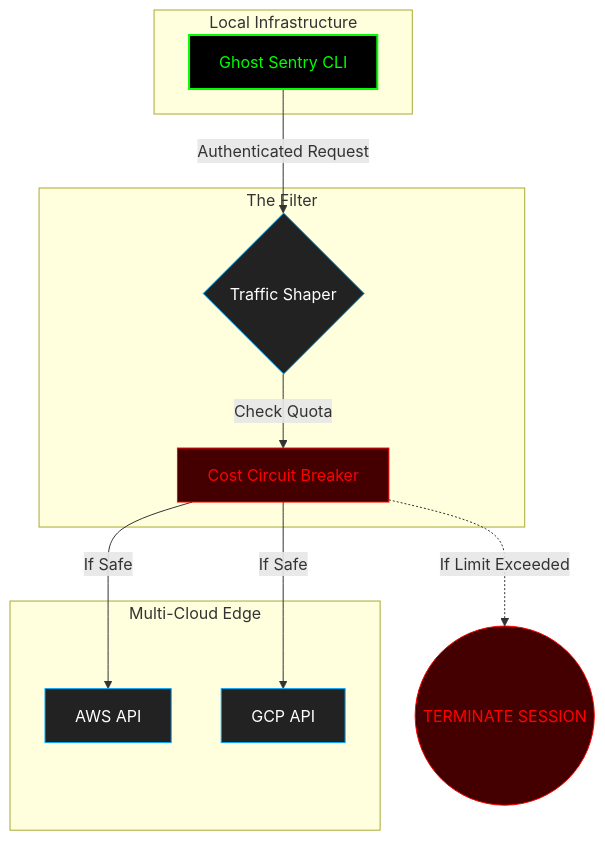
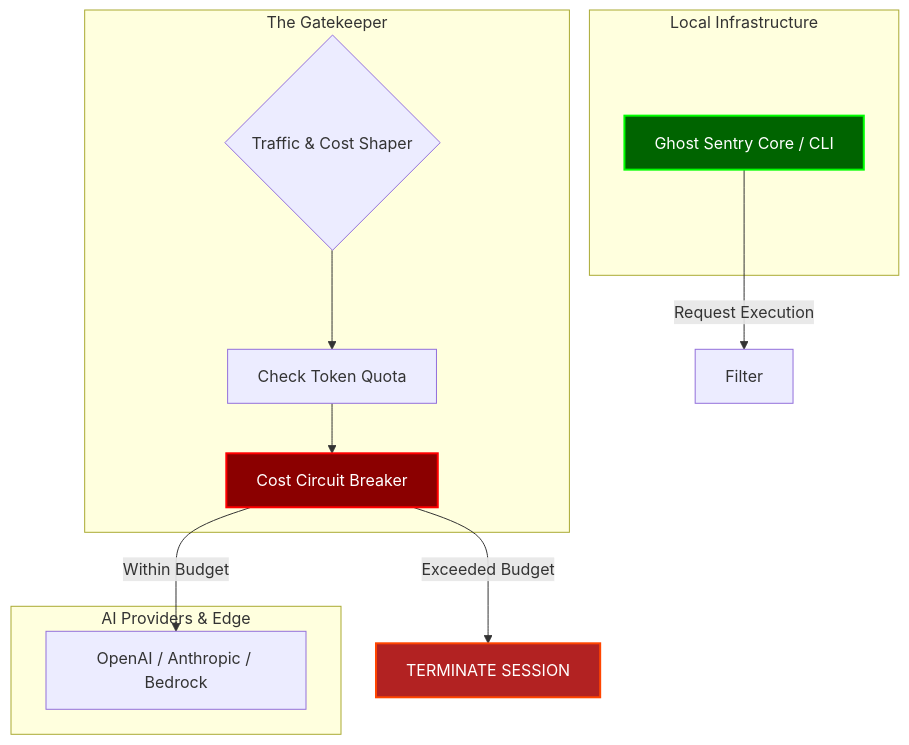
The diagram in README.md (thiagonazario/ghost-sentry-token-gate), drawn with Mermaid before and after one commit. The commit also changed other lines of this file, not shown here.

Commit message:
Revise README with architecture and quickstart info
Updated architecture diagram and added quickstart instructions.

````diff
--- a/README.md
+++ b/README.md
@@ -24,28 +24,27 @@
 ```mermaid
-graph TD
-    %% Define o Estilo dos Nós
-    classDef bunker fill:#000,stroke:#0f0,stroke-width:2px,color:#0f0;
-    classDef cloud fill:#222,stroke:#0af,stroke-width:1px,color:#fff;
-    classDef warning fill:#400,stroke:#f00,stroke-width:1px,color:#f00;
-
-    subgraph User_Environment [Local Infrastructure]
-        A[Ghost Sentry CLI]:::bunker
+flowchart TD
+    subgraph Local ["Local Infrastructure"]
+        CLI["Ghost Sentry Core / CLI"]
     end
 
-    subgraph Cloud_Gateway [The Filter]
-        B{Traffic Shaper}:::cloud
-        C[Cost Circuit Breaker]:::warning
+    CLI -->|"Request Execution"| Filter
+
+    subgraph TheFilter ["The Gatekeeper"]
+        Shaper{"Traffic & Cost Shaper"}
+        Quota["Check Token Quota"]
+        Shaper --> Quota
+        Breaker["Cost Circuit Breaker"]
+        Quota --> Breaker
     end
 
-    subgraph Cloud_Providers [Multi-Cloud Edge]
-        D[AWS API]:::cloud
-        E[GCP API]:::cloud
+    Breaker -->|"Within Budget"| Safe
+    Breaker -->|"Exceeded Budget"| Kill["TERMINATE SESSION"]
+
+    subgraph Providers ["AI Providers & Edge"]
+        Safe["OpenAI / Anthropic / Bedrock"]
     end
 
-    %% Fluxo de Dados
-    A -->|Authenticated Request| B
-    B -->|Check Quota| C
-    C -->|If Safe| D
-    C -->|If Safe| E
-    C -.->|If Limit Exceeded| F((TERMINATE SESSION)):::warning
+    style Breaker fill:#8b0000,stroke:#ff0000,stroke-width:2px,color:#fff
+    style Kill fill:#b22222,stroke:#ff4500,stroke-width:2px,color:#fff
+    style CLI fill:#006400,stroke:#00ff00,stroke-width:2px,color:#fff
 ```
````
